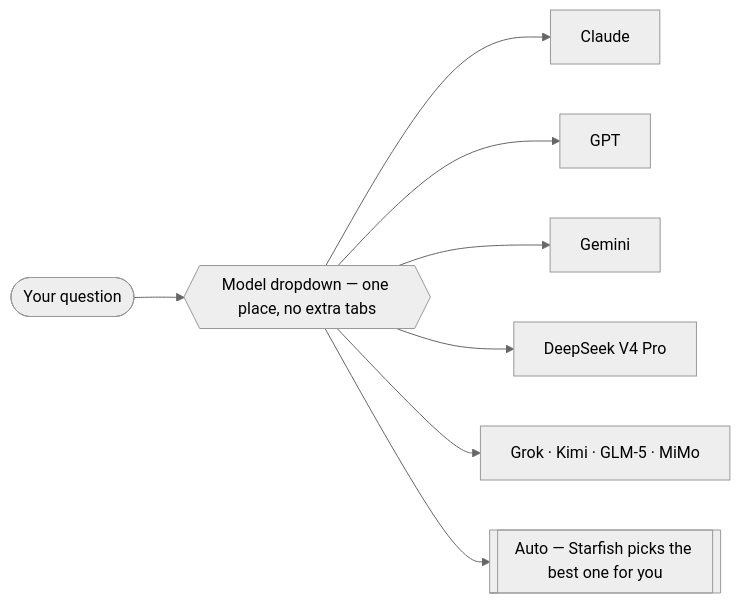
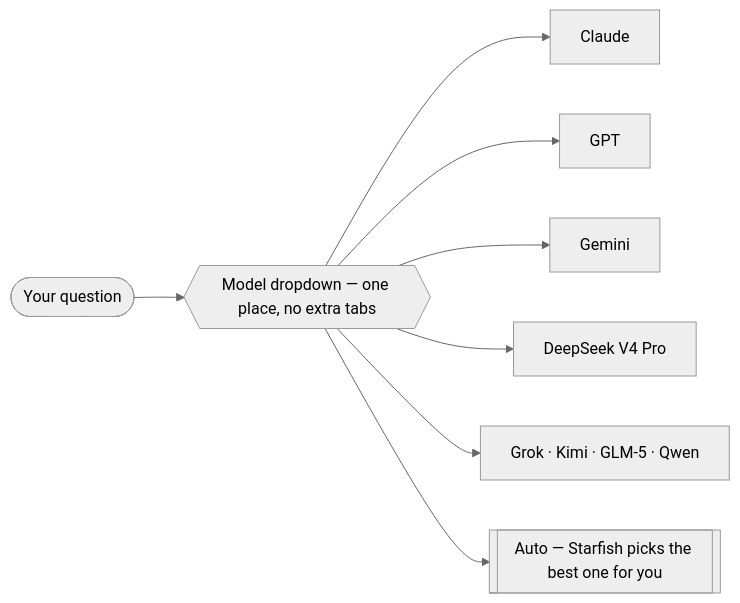
The diagram in docs/starfish-training/index.md (Starfish-Ad-Age/starfish-docs), drawn with Mermaid (neutral theme) before and after one commit. The commit also changed other lines of this file and 48 other files, not shown here.

````diff
--- a/docs/starfish-training/index.md
+++ b/docs/starfish-training/index.md
@@ -50,10 +50,10 @@
 ```mermaid
 flowchart LR
     q(["Your question"]) --> dd{{"Model dropdown — one place, no extra tabs"}}
     dd --> claude["Claude"]
     dd --> gpt["GPT"]
     dd --> gemini["Gemini"]
     dd --> deepseek["DeepSeek V4 Pro"]
-    dd --> others["Grok · Kimi · GLM-5 · MiMo"]
+    dd --> others["Grok · Kimi · GLM-5 · Qwen"]
     dd --> auto[["Auto — Starfish picks the best one for you"]]
 ```
````
